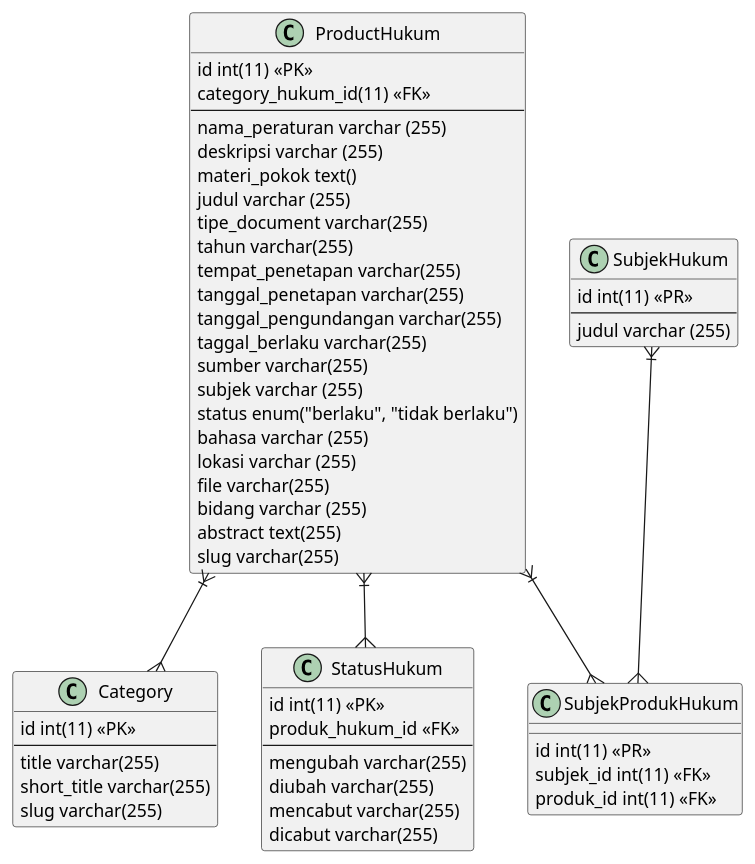
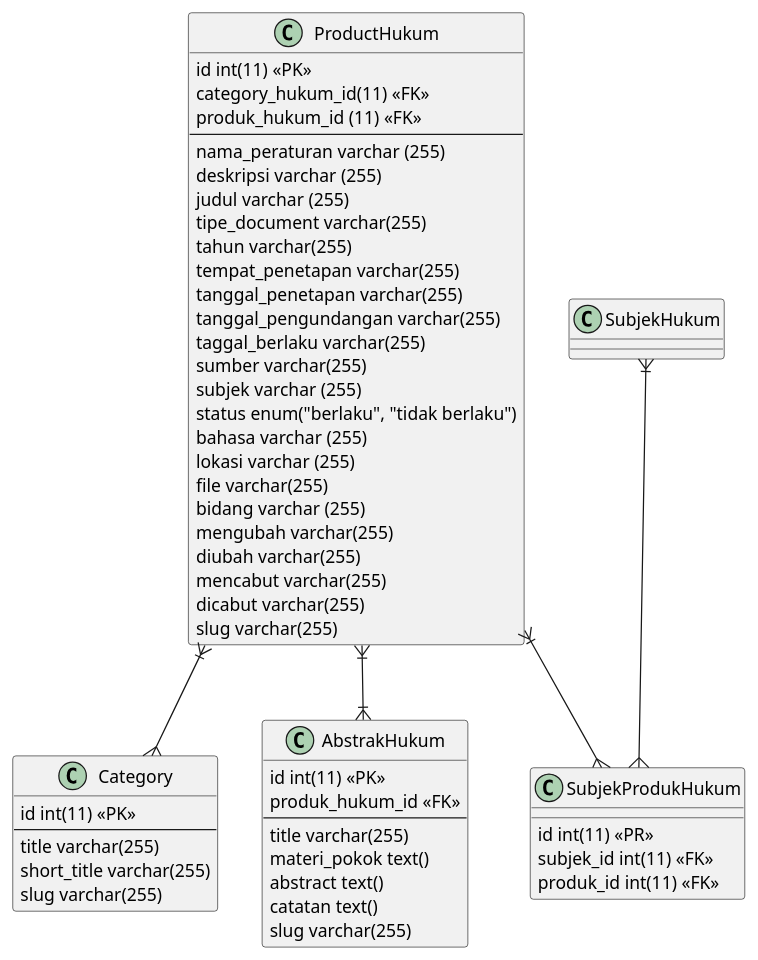
The diagram in desain.pu (MIRLANI/JDIH_App_11), drawn with PlantUML before and after one commit. The commit also changed 5395 other files, not shown here.

Commit message:
updata Produk Hukum

```diff
--- a/desain.pu
+++ b/desain.pu
@@ -1,71 +1,71 @@
 @startuml
 
 
 
 class Category{
     id int(11) <<PK>>
     --
     title varchar(255)
     short_title varchar(255)
     slug varchar(255)
 }
 
 class ProductHukum{
     id int(11) <<PK>>
     category_hukum_id(11) <<FK>>
+    produk_hukum_id (11) <<FK>>
     --
     nama_peraturan varchar (255)
     deskripsi varchar (255)
-    materi_pokok text()
     judul varchar (255)
     tipe_document varchar(255)
     tahun varchar(255)
     tempat_penetapan varchar(255)
     tanggal_penetapan varchar(255)
     tanggal_pengundangan varchar(255)
     taggal_berlaku varchar(255)
     sumber varchar(255)
     subjek varchar (255)
     status enum("berlaku", "tidak berlaku")
     bahasa varchar (255)
     lokasi varchar (255)
     file varchar(255)
     bidang varchar (255)
-    abstract text(255)
+    mengubah varchar(255)
+    diubah varchar(255)
+    mencabut varchar(255)
+    dicabut varchar(255)
     slug varchar(255)
 }
 
 
 class SubjekProdukHukum{
     id int(11) <<PR>>
-     subjek_id int(11) <<FK>>
-     produk_id int(11) <<FK>>
-}
-
-class SubjekHukum{
-    id int(11) <<PR>>
-    --
-    judul varchar (255)
-}
-
-class StatusHukum{
-    id int(11) <<PK>>
-    produk_hukum_id <<FK>>
-    --
-    mengubah varchar(255) 
-    diubah varchar(255) 
-    mencabut varchar(255)
-    dicabut varchar(255)
+    subjek_id int(11) <<FK>>
+    produk_id int(11) <<FK>>
 }
 
 
 
-ProductHukum }|--{Category
+class AbstrakHukum{
+    id int(11) <<PK>>
+    produk_hukum_id <<FK>>
+    --
+    title varchar(255)
+    materi_pokok text()
+    abstract text()
+    catatan text()
+    slug varchar(255)
+}
+
+
+ProductHukum}|--{Category
 ProductHukum }|--{SubjekProdukHukum
 SubjekHukum }|--{SubjekProdukHukum
-ProductHukum }|--{StatusHukum
+ProductHukum }|--|{AbstrakHukum
+
 
 
 
 
 @enduml
```
